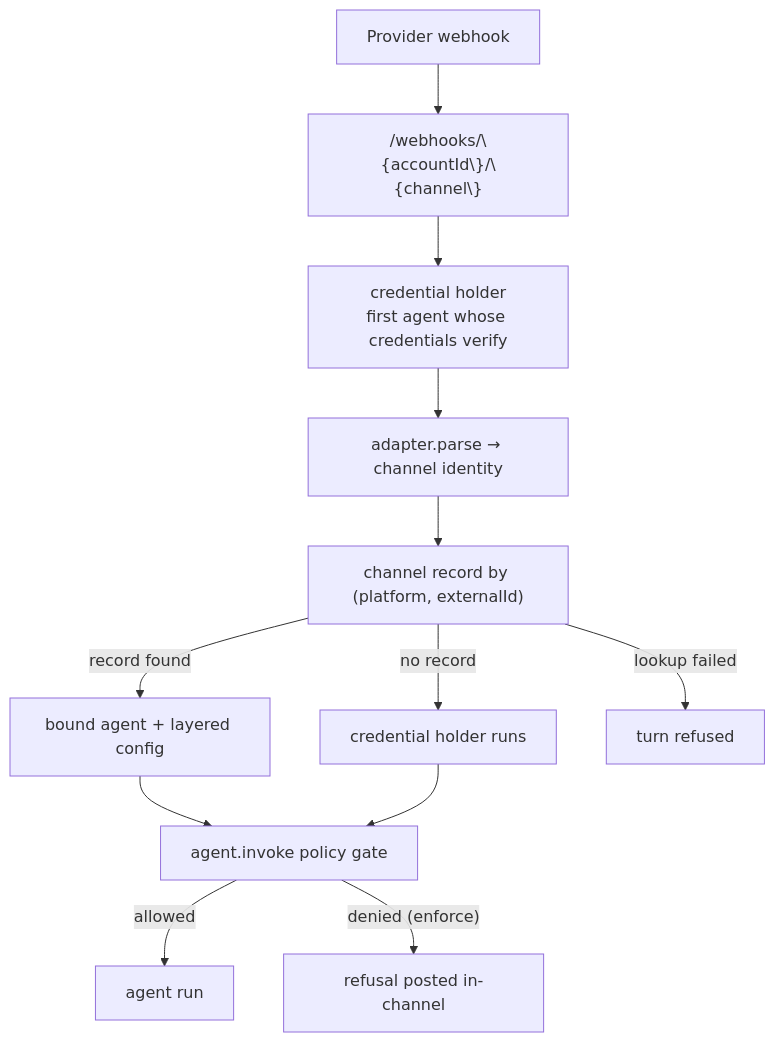
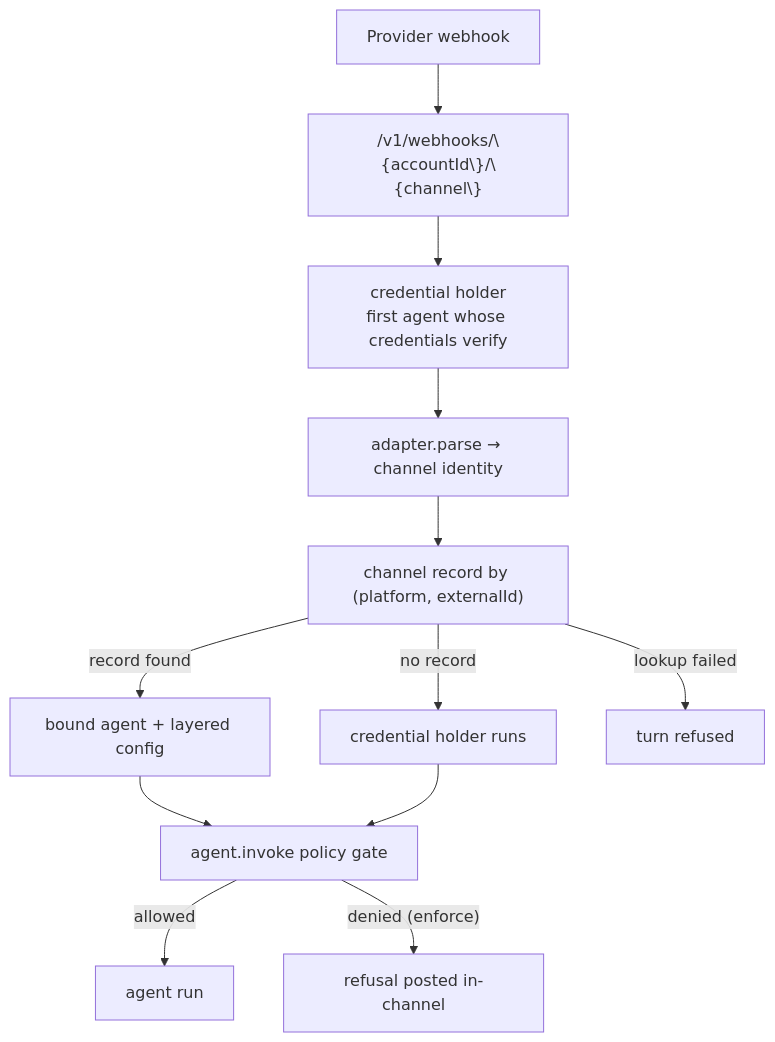
The diagram in apps/docs/docs/channels/channel-records.md (beeblastco/broods), drawn with Mermaid before and after one commit. The commit also changed other lines of this file and 78 other files, not shown here.

````diff
--- a/apps/docs/docs/channels/channel-records.md
+++ b/apps/docs/docs/channels/channel-records.md
@@ -32,14 +32,14 @@
 ```mermaid
 flowchart TD
-  Provider["Provider webhook"] --> Url["/webhooks/\{accountId\}/\{channel\}"]
+  Provider["Provider webhook"] --> Url["/v1/webhooks/\{accountId\}/\{channel\}"]
   Url --> Holder["credential holder<br/>first agent whose credentials verify"]
   Holder --> Parse["adapter.parse → channel identity"]
   Parse --> Lookup["channel record by (platform, externalId)"]
   Lookup -->|"record found"| Bound["bound agent + layered config"]
   Lookup -->|"no record"| Holder2["credential holder runs"]
   Lookup -->|"lookup failed"| Refused["turn refused"]
   Bound --> Gate["agent.invoke policy gate"]
   Holder2 --> Gate
   Gate -->|"allowed"| Run["agent run"]
   Gate -->|"denied (enforce)"| Refuse["refusal posted in-channel"]
 ```
````
